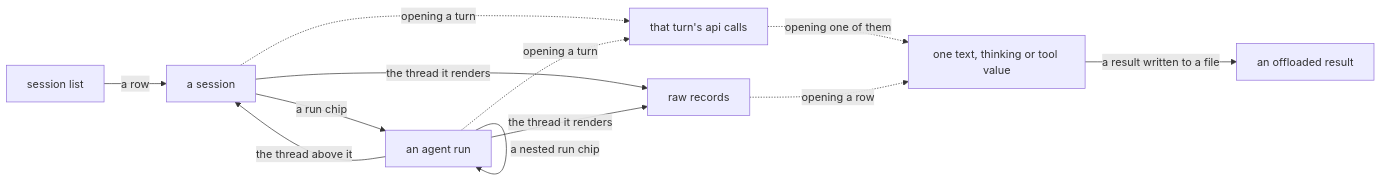
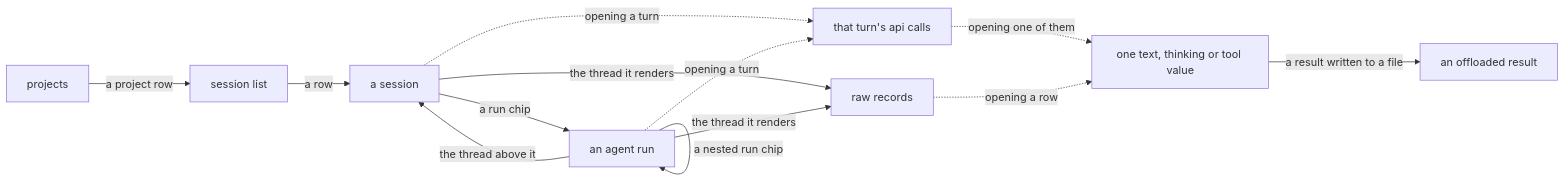
The diagram in docs/viewer.md (nathanielobrown/aiobserve), drawn with Mermaid before and after one commit. The commit also changed other lines of this file and 16 other files, not shown here.

First line of the commit message:
✨ Land the viewer on a page of projects

````diff
--- a/docs/viewer.md
+++ b/docs/viewer.md
@@ -9,14 +9,15 @@
 ```mermaid
 flowchart LR
-    session_list["session list"] -->|"a row"| session_page["a session"]
+    projects["projects"] -->|"a project row"| session_list["session list"]
+    session_list -->|"a row"| session_page["a session"]
     session_page -->|"a run chip"| run_page["an agent run"]
     run_page -->|"a nested run chip"| run_page
     run_page -->|"the thread above it"| session_page
     session_page -->|"the thread it renders"| records_page["raw records"]
     run_page -->|"the thread it renders"| records_page
     session_page -.->|"opening a turn"| turn_calls["that turn's api calls"]
     run_page -.->|"opening a turn"| turn_calls
     turn_calls -.->|"opening one of them"| one_value["one text, thinking or tool value"]
     records_page -.->|"opening a row"| one_value
     one_value -->|"a result written to a file"| offload_page["an offloaded result"]
 ```
````
